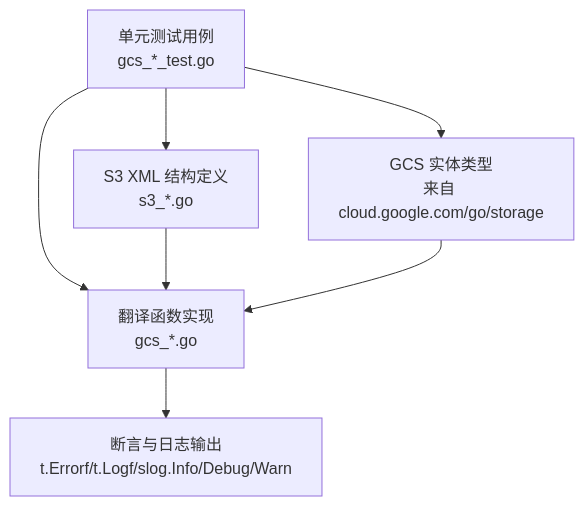
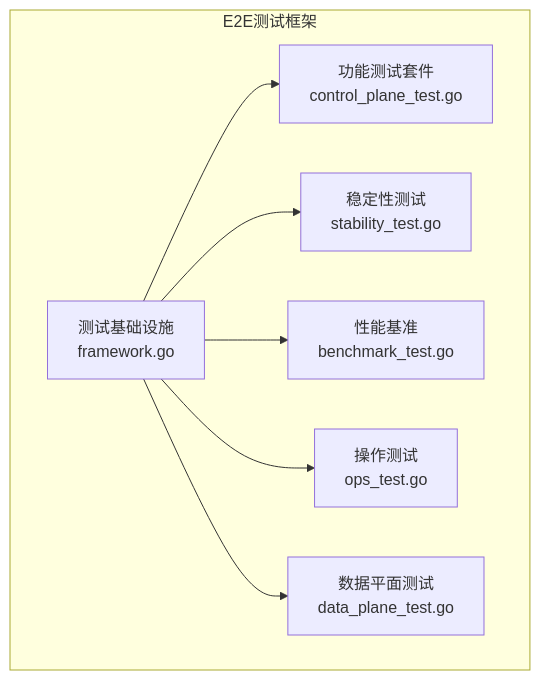
One commit to flying1574/S3Proxy4GCS changed the second of 4 diagrams in .qoder/repowiki/zh/content/测试策略/单元测试.md. Above: the diagram before and after it, drawn with Mermaid. The commit also changed other lines of this file and 6 other files, not shown here.

````diff
--- a/.qoder/repowiki/zh/content/测试策略/单元测试.md
+++ b/.qoder/repowiki/zh/content/测试策略/单元测试.md
@@ -108,9 +106,16 @@
 ```mermaid
 graph TB
-T["单元测试用例<br/>gcs_*_test.go"] --> U["S3 XML 结构定义<br/>s3_*.go"]
-T --> V["GCS 实体类型<br/>来自 cloud.google.com/go/storage"]
-T --> W["翻译函数实现<br/>gcs_*.go"]
-U --> W
-V --> W
-W --> X["断言与日志输出<br/>t.Errorf/t.Logf/slog.Info/Debug/Warn"]
+subgraph "E2E测试框架"
+A["测试基础设施<br/>framework.go"]
+B["功能测试套件<br/>control_plane_test.go"]
+C["稳定性测试<br/>stability_test.go"]
+D["性能基准<br/>benchmark_test.go"]
+E["操作测试<br/>ops_test.go"]
+F["数据平面测试<br/>data_plane_test.go"]
+end
+A --> B
+A --> C
+A --> D
+A --> E
+A --> F
 ```
````
